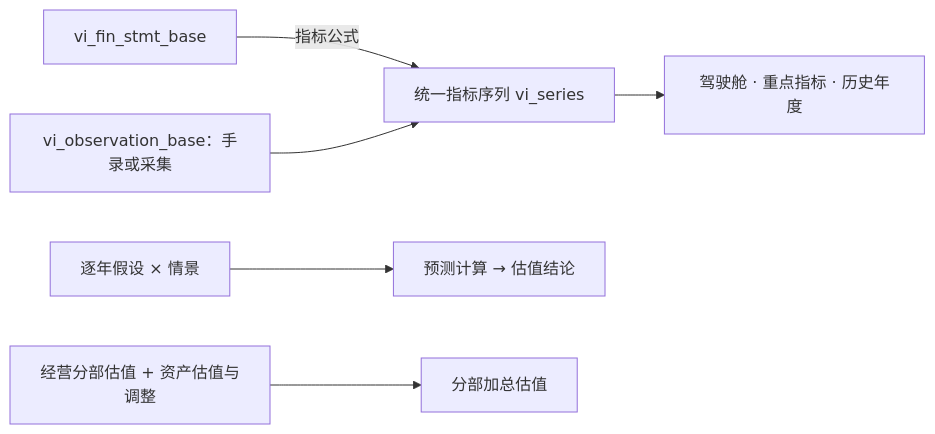
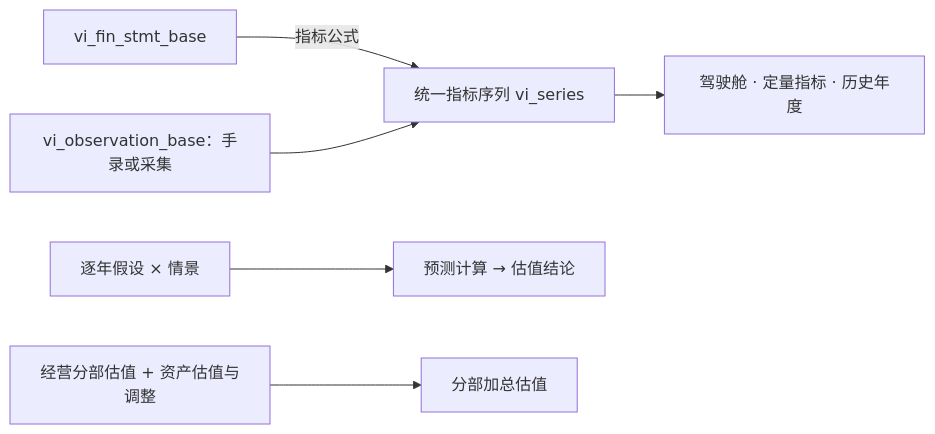
Before and after one commit to lzcjsyr/value-investing: the diagram in 后台数据结构说明/数据结构说明.md, drawn with Mermaid. The commit also changed other lines of this file and 63 other files, not shown here.

````diff
--- a/后台数据结构说明/数据结构说明.md
+++ b/后台数据结构说明/数据结构说明.md
@@ -30,8 +30,8 @@
 ```mermaid
 flowchart LR
   F[vi_fin_stmt_base] -->|指标公式| S[统一指标序列 vi_series]
   O[vi_observation_base：手录或采集] --> S
-  S --> P[驾驶舱 · 重点指标 · 历史年度]
+  S --> P[驾驶舱 · 定量指标 · 历史年度]
   A[逐年假设 × 情景] --> V[预测计算 → 估值结论]
   B[经营分部估值 + 资产估值与调整] --> W[分部加总估值]
 ```
````
